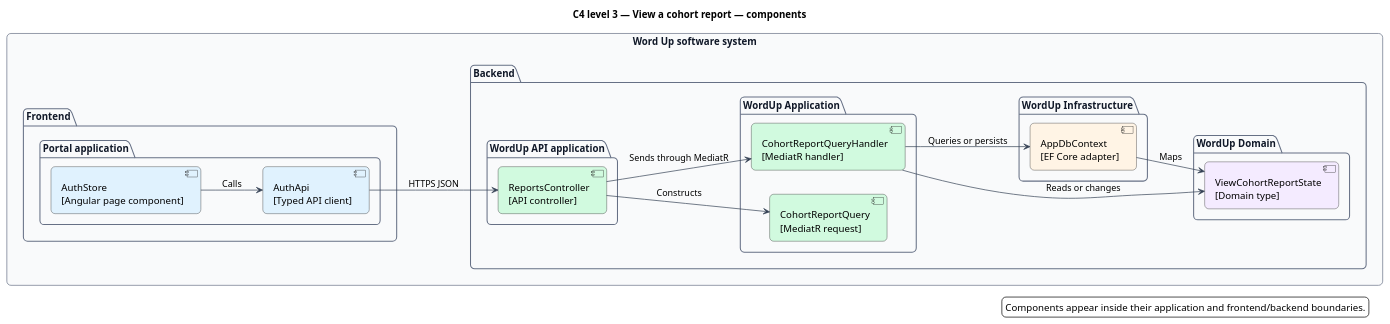
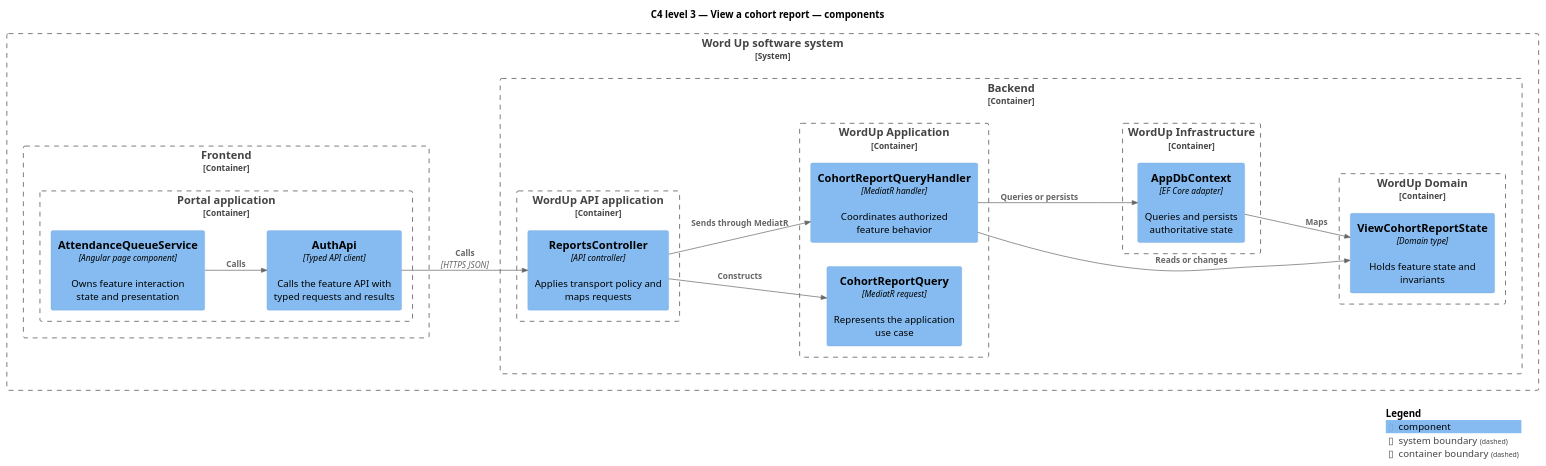
Before and after one commit to QuinntyneBrown/waypoint: the diagram in docs/detailed-designs/reporting-and-data/view-cohort-report/diagrams/c4-component.puml, drawn with PlantUML. The commit also changed 1294 other files, not shown here.

```diff
--- a/docs/detailed-designs/reporting-and-data/view-cohort-report/diagrams/c4-component.puml
+++ b/docs/detailed-designs/reporting-and-data/view-cohort-report/diagrams/c4-component.puml
@@ -1,51 +1,36 @@
 @startuml
-left to right direction
+!include <C4/C4_Component>
+LAYOUT_LEFT_RIGHT()
 title C4 level 3 — View a cohort report — components
-skinparam backgroundColor #FFFFFF
-skinparam shadowing false
-skinparam roundcorner 12
-skinparam defaultFontName Arial
-skinparam ArrowColor #344054
-skinparam rectangle {
-  BorderColor #344054
-  FontColor #101828
-}
-skinparam package {
-  BorderColor #667085
-  FontColor #101828
-  BackgroundColor #F9FAFB
-}
-rectangle "Word Up software system" as wordup {
-  package "Frontend" {
-    package "Portal application" {
-      component "AuthStore\n[Angular page component]" as page #E0F2FE
-      component "AuthApi\n[Typed API client]" as client #E0F2FE
+System_Boundary(wordup, "Word Up software system") {
+  Container_Boundary(frontend, "Frontend") {
+    Container_Boundary(frontend_app, "Portal application") {
+      Component(page, "AttendanceQueueService", "Angular page component", "Owns feature interaction state and presentation")
+      Component(client, "AuthApi", "Typed API client", "Calls the feature API with typed requests and results")
     }
   }
-  package "Backend" {
-    package "WordUp API application" {
-      component "ReportsController\n[API controller]" as controller #D1FADF
+  Container_Boundary(backend, "Backend") {
+    Container_Boundary(api_app, "WordUp API application") {
+      Component(controller, "ReportsController", "API controller", "Applies transport policy and maps requests")
     }
-    package "WordUp Application" {
-      component "CohortReportQuery\n[MediatR request]" as request #D1FADF
-      component "CohortReportQueryHandler\n[MediatR handler]" as handler #D1FADF
+    Container_Boundary(application, "WordUp Application") {
+      Component(request, "CohortReportQuery", "MediatR request", "Represents the application use case")
+      Component(handler, "CohortReportQueryHandler", "MediatR handler", "Coordinates authorized feature behavior")
     }
-    package "WordUp Domain" {
-      component "ViewCohortReportState\n[Domain type]" as entity #F4EBFF
+    Container_Boundary(domain, "WordUp Domain") {
+      Component(entity, "ViewCohortReportState", "Domain type", "Holds feature state and invariants")
     }
-    package "WordUp Infrastructure" {
-      component "AppDbContext\n[EF Core adapter]" as persistence #FFF4E5
+    Container_Boundary(infrastructure, "WordUp Infrastructure") {
+      Component(persistence, "AppDbContext", "EF Core adapter", "Queries and persists authoritative state")
     }
   }
 }
-page --> client : Calls
-client --> controller : HTTPS JSON
-controller --> request : Constructs
-controller --> handler : Sends through MediatR
-handler --> entity : Reads or changes
-handler --> persistence : Queries or persists
-persistence --> entity : Maps
-legend right
-  Components appear inside their application and frontend/backend boundaries.
-endlegend
+Rel(page, client, "Calls")
+Rel(client, controller, "Calls", "HTTPS JSON")
+Rel(controller, request, "Constructs")
+Rel(controller, handler, "Sends through MediatR")
+Rel(handler, entity, "Reads or changes")
+Rel(handler, persistence, "Queries or persists")
+Rel(persistence, entity, "Maps")
+SHOW_LEGEND()
 @enduml
```
